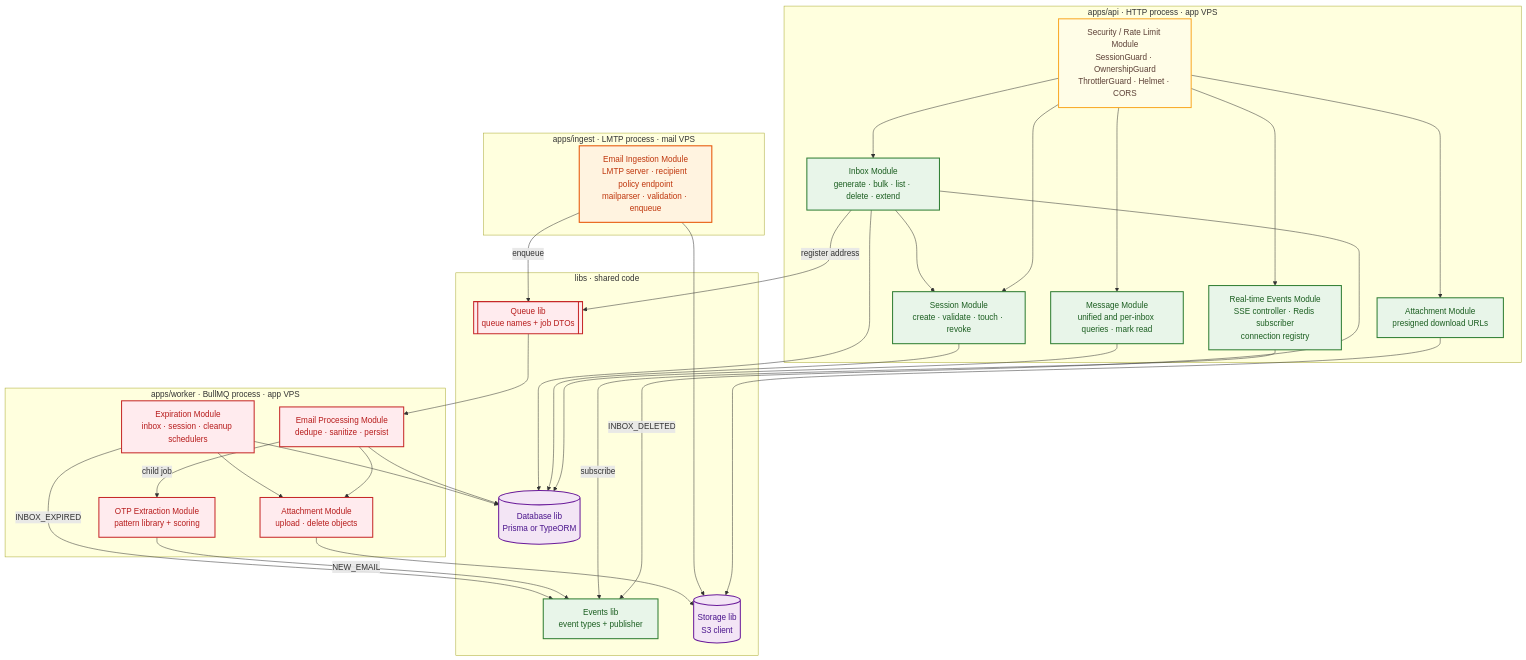
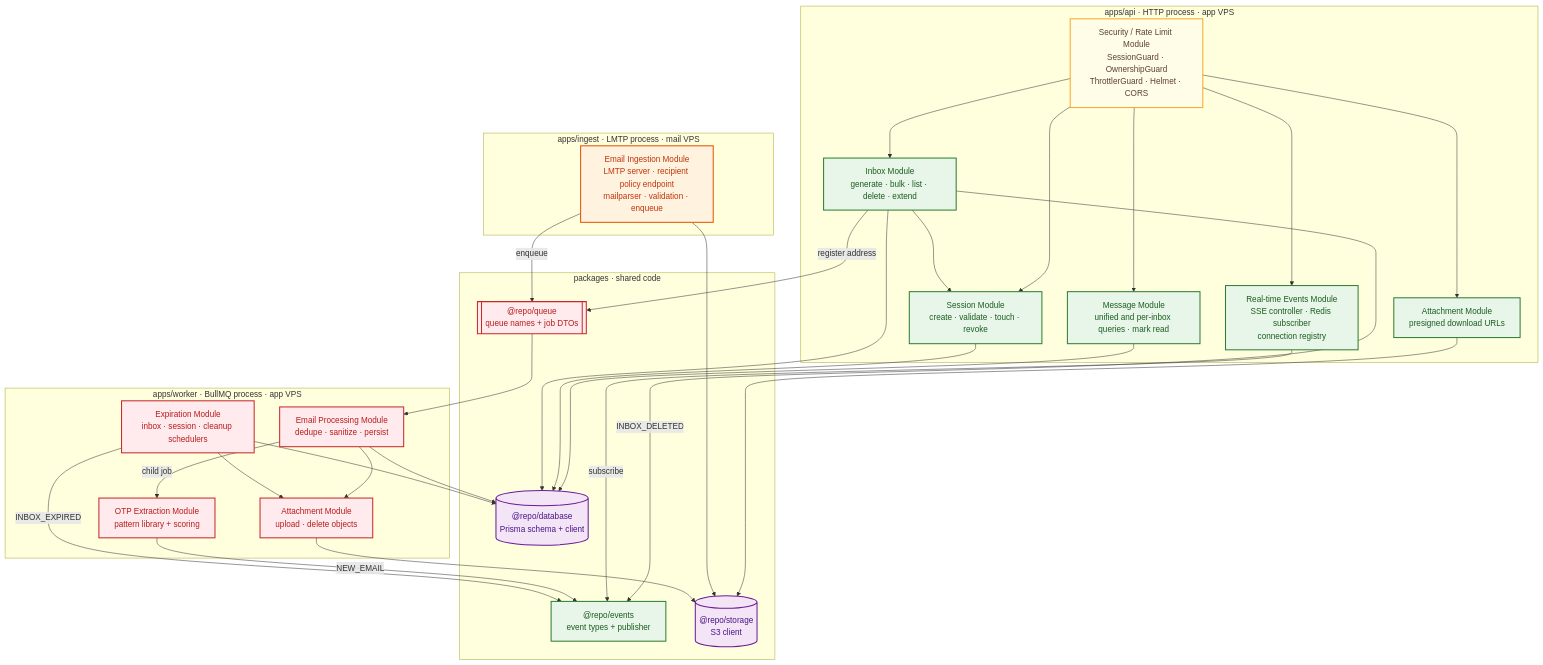
Diagram 12 of 18 in readme.md (thamarai-titan/mail-service), drawn with Mermaid before and after one commit. The commit also changed other lines of this file and 113 other files, not shown here.

````diff
--- a/readme.md
+++ b/readme.md
@@ -492,60 +492,60 @@
 ```mermaid
 flowchart TB
   subgraph APIAPP["apps/api · HTTP process · app VPS"]
     SEC["Security / Rate Limit Module<br/>SessionGuard · OwnershipGuard<br/>ThrottlerGuard · Helmet · CORS"]:::sec
     SESS["Session Module<br/>create · validate · touch · revoke"]:::be
     INB["Inbox Module<br/>generate · bulk · list · delete · extend"]:::be
     MSG["Message Module<br/>unified and per-inbox queries · mark read"]:::be
     ATTA["Attachment Module<br/>presigned download URLs"]:::be
     RT["Real-time Events Module<br/>SSE controller · Redis subscriber<br/>connection registry"]:::be
   end
 
   subgraph INGAPP["apps/ingest · LMTP process · mail VPS"]
     INGM["Email Ingestion Module<br/>LMTP server · recipient policy endpoint<br/>mailparser · validation · enqueue"]:::mail
   end
 
   subgraph WKAPP["apps/worker · BullMQ process · app VPS"]
     PROC["Email Processing Module<br/>dedupe · sanitize · persist"]:::queue
     OTPM["OTP Extraction Module<br/>pattern library + scoring"]:::queue
     EXP["Expiration Module<br/>inbox · session · cleanup schedulers"]:::queue
     ATTW["Attachment Module<br/>upload · delete objects"]:::queue
   end
 
-  subgraph LIBS["libs · shared code"]
-    DBL[("Database lib<br/>Prisma or TypeORM")]:::db
-    QL[["Queue lib<br/>queue names + job DTOs"]]:::queue
-    EVL["Events lib<br/>event types + publisher"]:::be
-    STL[("Storage lib<br/>S3 client")]:::db
+  subgraph LIBS["packages · shared code"]
+    DBL[("@repo/database<br/>Prisma schema + client")]:::db
+    QL[["@repo/queue<br/>queue names + job DTOs"]]:::queue
+    EVL["@repo/events<br/>event types + publisher"]:::be
+    STL[("@repo/storage<br/>S3 client")]:::db
   end
 
   SEC --> SESS
   SEC --> INB
   SEC --> MSG
   SEC --> ATTA
   SEC --> RT
   INB --> SESS
   INB -->|"register address"| QL
   INB -->|"INBOX_DELETED"| EVL
   MSG --> DBL
   ATTA --> STL
   RT -->|"subscribe"| EVL
   INGM -->|"enqueue"| QL
   INGM --> STL
   QL --> PROC
   PROC --> ATTW
   PROC --> DBL
   PROC -->|"child job"| OTPM
   OTPM -->|"NEW_EMAIL"| EVL
   EXP --> DBL
   EXP --> ATTW
   EXP -->|"INBOX_EXPIRED"| EVL
   ATTW --> STL
   SESS --> DBL
   INB --> DBL
 
   classDef be fill:#E8F5E9,stroke:#2E7D32,color:#1B5E20,stroke-width:2px
   classDef db fill:#F3E5F5,stroke:#6A1B9A,color:#4A148C,stroke-width:2px
   classDef mail fill:#FFF3E0,stroke:#E65100,color:#BF360C,stroke-width:2px
   classDef queue fill:#FFEBEE,stroke:#C62828,color:#B71C1C,stroke-width:2px
   classDef sec fill:#FFFDE7,stroke:#F9A825,color:#5D4037,stroke-width:2px
 ```
````
